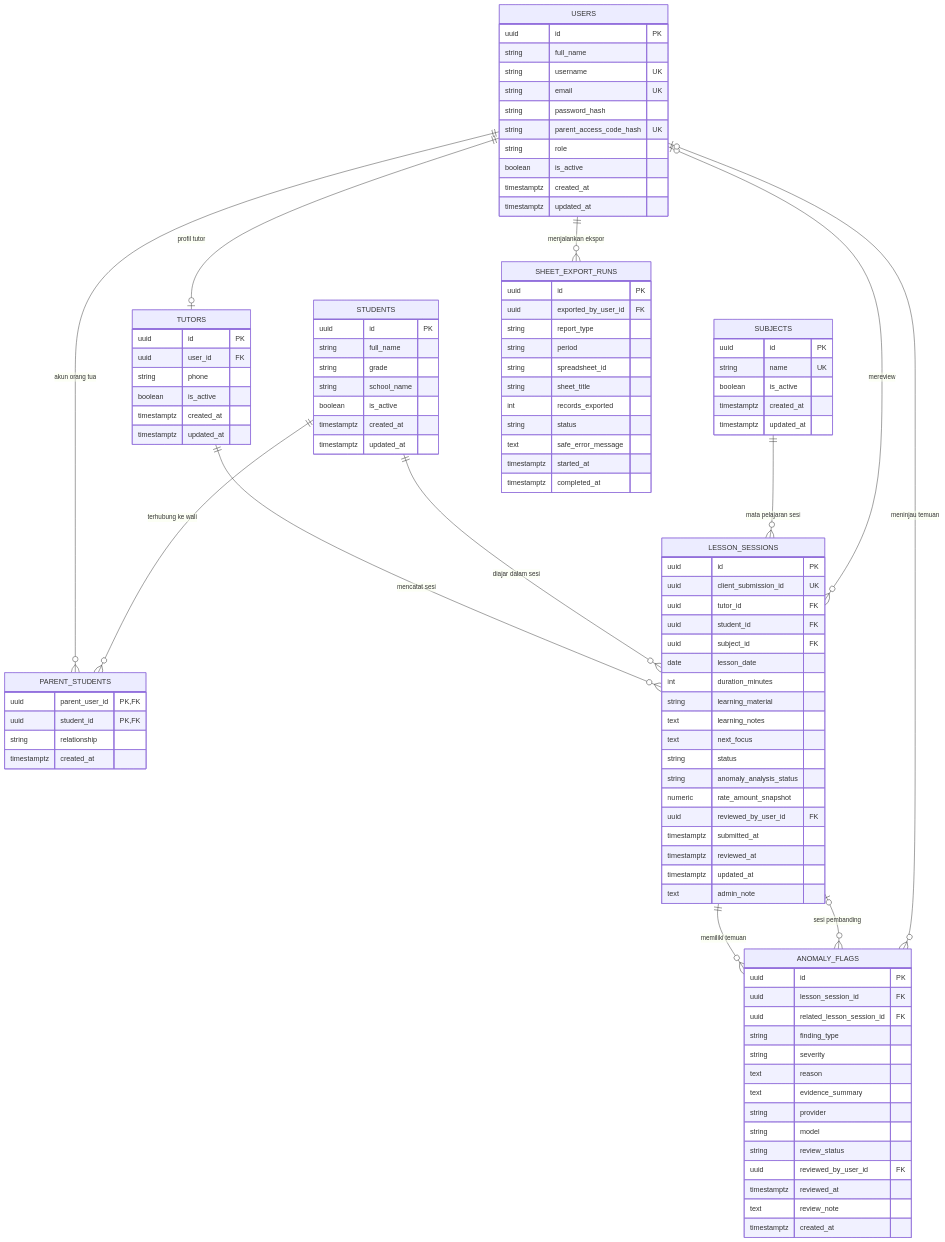
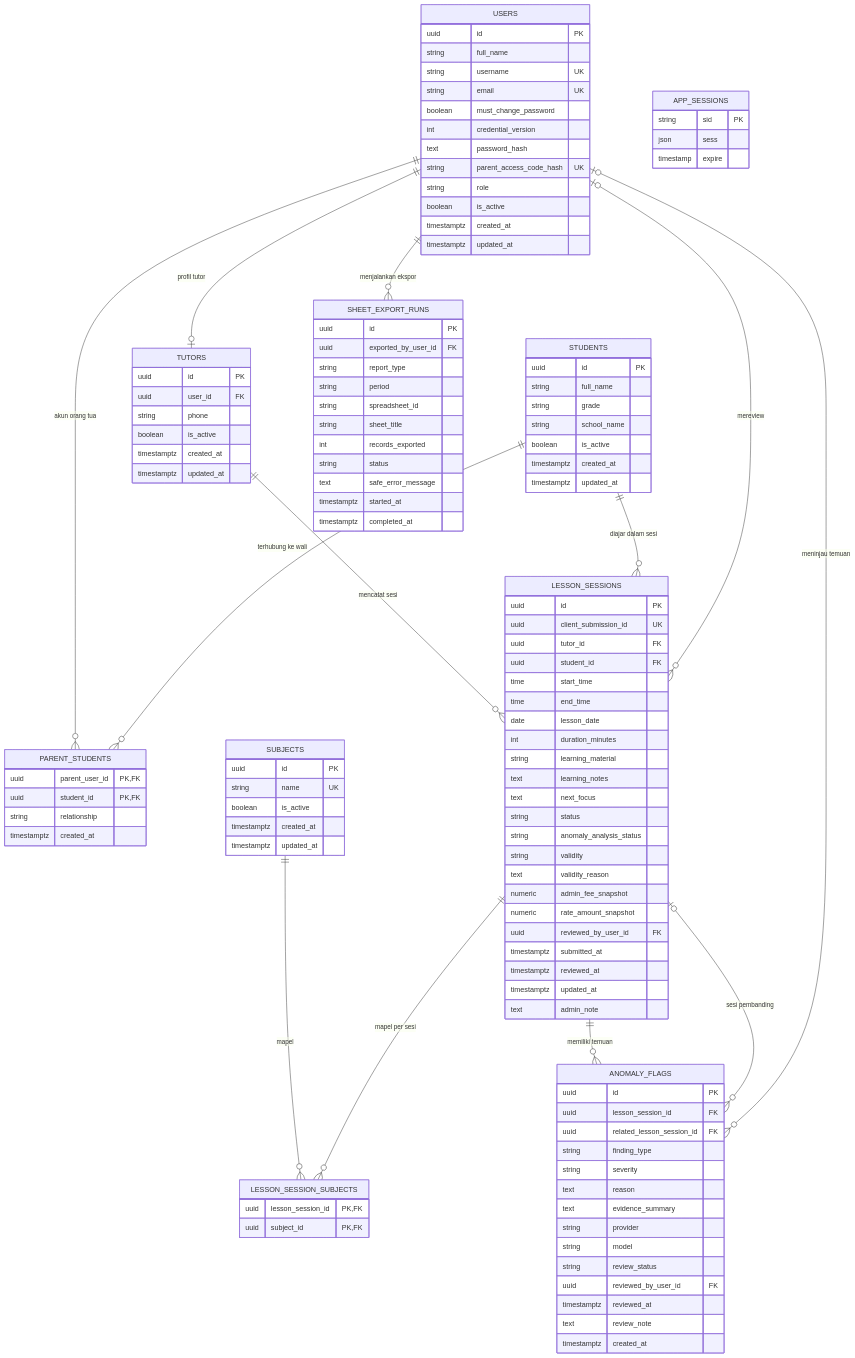
The diagram in docs/14-ERD-AND-DATA-DICTIONARY.md (KEBAB-SHIIII/mumtaz-bimbel-dashboard), drawn with Mermaid before and after one commit. The commit also changed other lines of this file and 98 other files, not shown here.

```diff
--- a/docs/14-ERD-AND-DATA-DICTIONARY.md
+++ b/docs/14-ERD-AND-DATA-DICTIONARY.md
@@ -23,7 +23,8 @@
 
     TUTORS ||--o{ LESSON_SESSIONS : "mencatat sesi"
     STUDENTS ||--o{ LESSON_SESSIONS : "diajar dalam sesi"
-    SUBJECTS ||--o{ LESSON_SESSIONS : "mata pelajaran sesi"
+    SUBJECTS ||--o{ LESSON_SESSION_SUBJECTS : "mapel"
+    LESSON_SESSIONS ||--o{ LESSON_SESSION_SUBJECTS : "mapel per sesi"
     USERS o|--o{ LESSON_SESSIONS : "mereview"
 
     LESSON_SESSIONS ||--o{ ANOMALY_FLAGS : "memiliki temuan"
@@ -36,7 +37,9 @@
         string full_name
         string username UK
         string email UK
-        string password_hash
+        boolean must_change_password
+        int credential_version
+        text password_hash
         string parent_access_code_hash UK
         string role
         boolean is_active
@@ -78,7 +81,8 @@
         uuid client_submission_id UK
         uuid tutor_id FK
         uuid student_id FK
-        uuid subject_id FK
+        time start_time
+        time end_time
         date lesson_date
         int duration_minutes
         string learning_material
@@ -86,12 +90,24 @@
         text next_focus
         string status
         string anomaly_analysis_status
+        string validity
+        text validity_reason
+        numeric admin_fee_snapshot
         numeric rate_amount_snapshot
         uuid reviewed_by_user_id FK
         timestamptz submitted_at
         timestamptz reviewed_at
         timestamptz updated_at
         text admin_note
+    }
+    LESSON_SESSION_SUBJECTS {
+        uuid lesson_session_id PK, FK
+        uuid subject_id PK, FK
+    }
+    APP_SESSIONS {
+        string sid PK
+        json sess
+        timestamp expire
     }
     ANOMALY_FLAGS {
         uuid id PK
```
